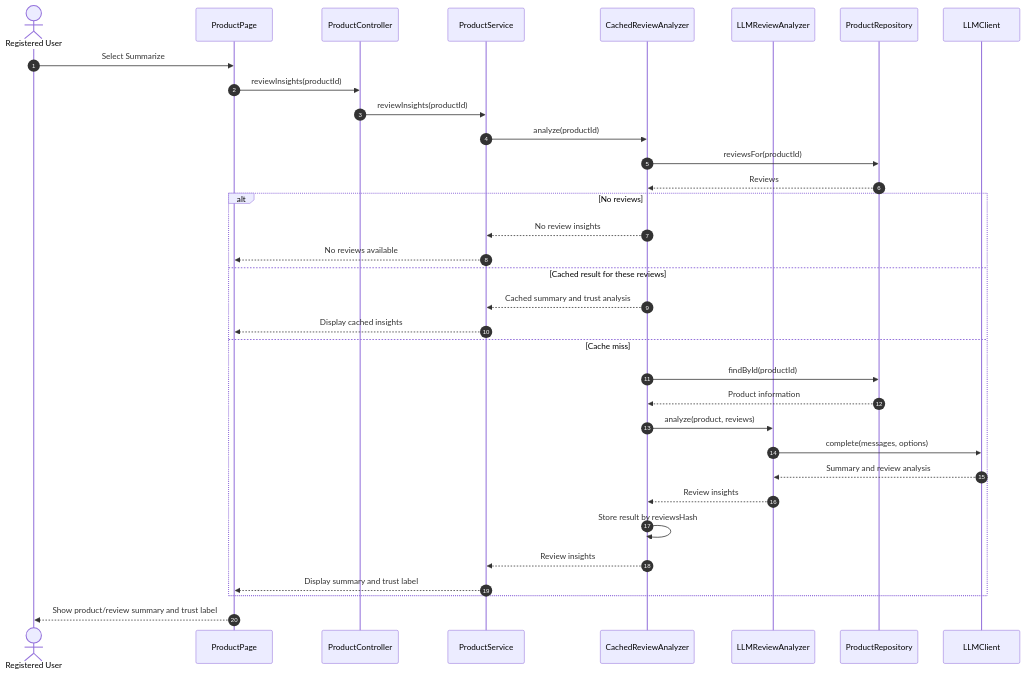
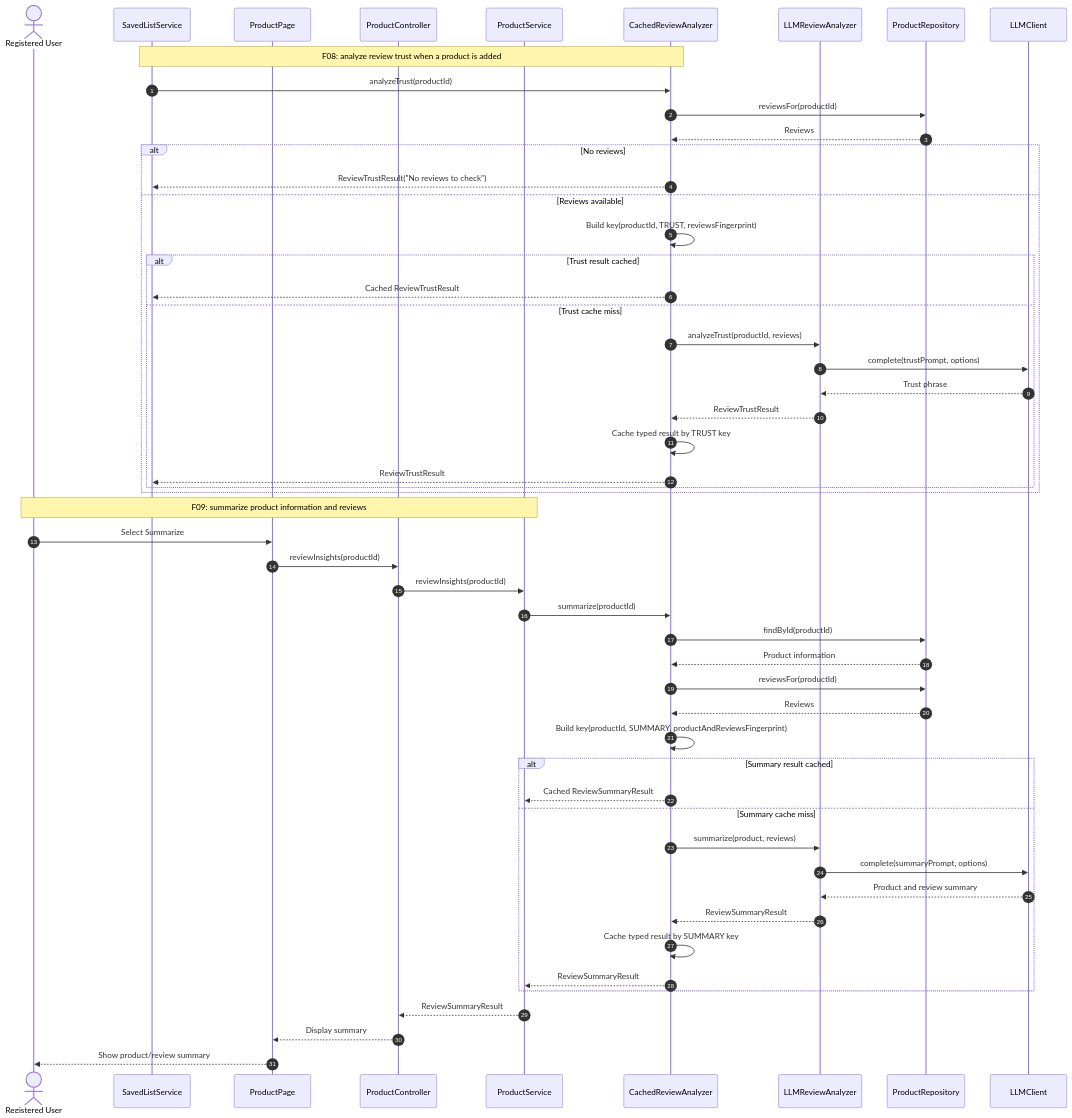
Before and after one commit to jordantran092/AI-Agent-App-Product-Finder: the eighth of 12 diagrams in docs/design.md, drawn with Mermaid. The commit also changed other lines of this file and 1 other file, not shown here.

````diff
--- a/docs/design.md
+++ b/docs/design.md
@@ -1522,36 +1620,55 @@
 ```mermaid
 sequenceDiagram
     autonumber
     actor User as Registered User
-    participant UI as ProductPage
+    participant SavedList as SavedListService
+    participant ProductPage as ProductPage
     participant C as ProductController
     participant S as ProductService
     participant Proxy as CachedReviewAnalyzer
     participant Real as LLMReviewAnalyzer
     participant R as ProductRepository
     participant L as LLMClient
-    User->>UI: Select Summarize
-    UI->>C: reviewInsights(productId)
-    C->>S: reviewInsights(productId)
-    S->>Proxy: analyze(productId)
+    Note over SavedList,Proxy: F08: analyze review trust when a product is added
+    SavedList->>Proxy: analyzeTrust(productId)
     Proxy->>R: reviewsFor(productId)
     R-->>Proxy: Reviews
     alt No reviews
-        Proxy-->>S: No review insights
-        S-->>UI: No reviews available
-    else Cached result for these reviews
-        Proxy-->>S: Cached summary and trust analysis
-        S-->>UI: Display cached insights
-    else Cache miss
-        Proxy->>R: findById(productId)
-        R-->>Proxy: Product information
-        Proxy->>Real: analyze(product, reviews)
-        Real->>L: complete(messages, options)
-        L-->>Real: Summary and review analysis
-        Real-->>Proxy: Review insights
-        Proxy->>Proxy: Store result by reviewsHash
-        Proxy-->>S: Review insights
-        S-->>UI: Display summary and trust label
+        Proxy-->>SavedList: ReviewTrustResult("No reviews to check")
+    else Reviews available
+        Proxy->>Proxy: Build key(productId, TRUST, reviewsFingerprint)
+        alt Trust result cached
+            Proxy-->>SavedList: Cached ReviewTrustResult
+        else Trust cache miss
+            Proxy->>Real: analyzeTrust(productId, reviews)
+            Real->>L: complete(trustPrompt, options)
+            L-->>Real: Trust phrase
+            Real-->>Proxy: ReviewTrustResult
+            Proxy->>Proxy: Cache typed result by TRUST key
+            Proxy-->>SavedList: ReviewTrustResult
+        end
     end
-    UI-->>User: Show product/review summary and trust label
+    Note over User,S: F09: summarize product information and reviews
+    User->>ProductPage: Select Summarize
+    ProductPage->>C: reviewInsights(productId)
+    C->>S: reviewInsights(productId)
+    S->>Proxy: summarize(productId)
+    Proxy->>R: findById(productId)
+    R-->>Proxy: Product information
+    Proxy->>R: reviewsFor(productId)
+    R-->>Proxy: Reviews
+    Proxy->>Proxy: Build key(productId, SUMMARY, productAndReviewsFingerprint)
+    alt Summary result cached
+        Proxy-->>S: Cached ReviewSummaryResult
+    else Summary cache miss
+        Proxy->>Real: summarize(product, reviews)
+        Real->>L: complete(summaryPrompt, options)
+        L-->>Real: Product and review summary
+        Real-->>Proxy: ReviewSummaryResult
+        Proxy->>Proxy: Cache typed result by SUMMARY key
+        Proxy-->>S: ReviewSummaryResult
+    end
+    S-->>C: ReviewSummaryResult
+    C-->>ProductPage: Display summary
+    ProductPage-->>User: Show product/review summary
 ```
````
